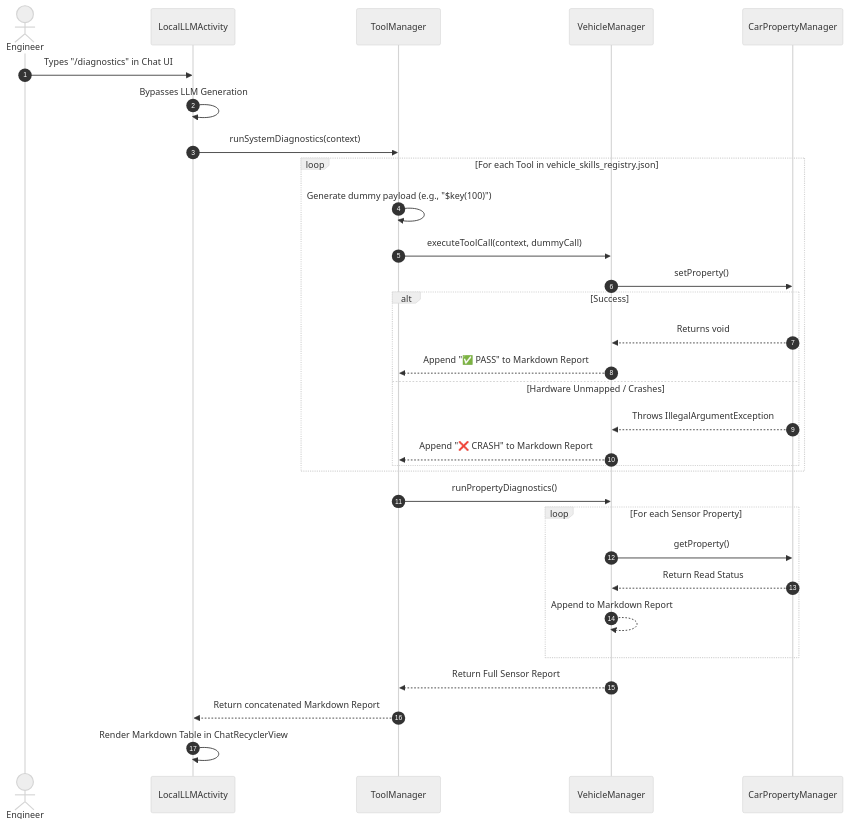
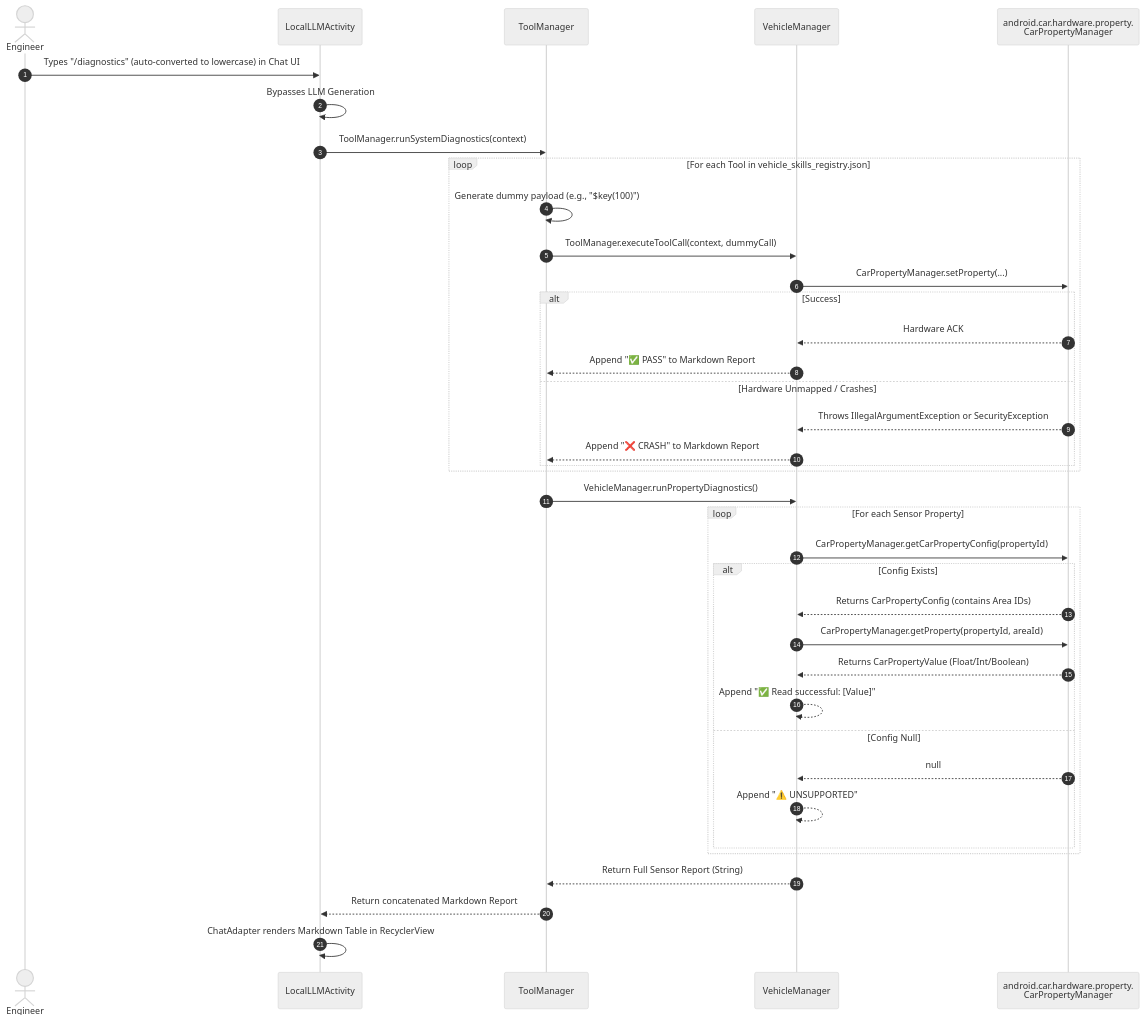
Before and after one commit to hemangpandhi/ai-assistant: the diagram in docs/use_cases/offline_diagnostics.md, drawn with Mermaid (neutral theme). The commit also changed other lines of this file and 4 other files, not shown here.

Commit message:
docs: Enrich sequence diagrams with detailed Android framework APIs and Intent routing

````diff
--- a/docs/use_cases/offline_diagnostics.md
+++ b/docs/use_cases/offline_diagnostics.md
@@ -5,40 +5,48 @@
 ```mermaid
 sequenceDiagram
     autonumber
     actor Engineer
     participant ACT as LocalLLMActivity
     participant TM as ToolManager
     participant VM as VehicleManager
-    participant CPM as CarPropertyManager
+    participant CPM as android.car.hardware.property.<br/>CarPropertyManager
 
-    Engineer->>ACT: Types "/diagnostics" in Chat UI
+    Engineer->>ACT: Types "/diagnostics" (auto-converted to lowercase) in Chat UI
     
     ACT->>ACT: Bypasses LLM Generation
-    ACT->>TM: runSystemDiagnostics(context)
+    ACT->>TM: ToolManager.runSystemDiagnostics(context)
     
     loop For each Tool in vehicle_skills_registry.json
         TM->>TM: Generate dummy payload (e.g., "$key(100)")
-        TM->>VM: executeToolCall(context, dummyCall)
-        VM->>CPM: setProperty()
+        TM->>VM: ToolManager.executeToolCall(context, dummyCall)
+        VM->>CPM: CarPropertyManager.setProperty(...)
         
         alt Success
-            CPM-->>VM: Returns void
+            CPM-->>VM: Hardware ACK
             VM-->>TM: Append "✅ PASS" to Markdown Report
         else Hardware Unmapped / Crashes
-            CPM-->>VM: Throws IllegalArgumentException
+            CPM-->>VM: Throws IllegalArgumentException or SecurityException
             VM-->>TM: Append "❌ CRASH" to Markdown Report
         end
     end
     
-    TM->>VM: runPropertyDiagnostics()
+    TM->>VM: VehicleManager.runPropertyDiagnostics()
     
     loop For each Sensor Property
-        VM->>CPM: getProperty()
-        CPM-->>VM: Return Read Status
-        VM-->>VM: Append to Markdown Report
+        VM->>CPM: CarPropertyManager.getCarPropertyConfig(propertyId)
+        
+        alt Config Exists
+            CPM-->>VM: Returns CarPropertyConfig (contains Area IDs)
+            VM->>CPM: CarPropertyManager.getProperty(propertyId, areaId)
+            CPM-->>VM: Returns CarPropertyValue (Float/Int/Boolean)
+            VM-->>VM: Append "✅ Read successful: [Value]"
+        else Config Null
+            CPM-->>VM: null
+            VM-->>VM: Append "⚠️ UNSUPPORTED"
+        end
     end
     
-    VM-->>TM: Return Full Sensor Report
+    VM-->>TM: Return Full Sensor Report (String)
     TM-->>ACT: Return concatenated Markdown Report
-    ACT->>ACT: Render Markdown Table in ChatRecyclerView
+    ACT->>ACT: ChatAdapter renders Markdown Table in RecyclerView
 ```
````
